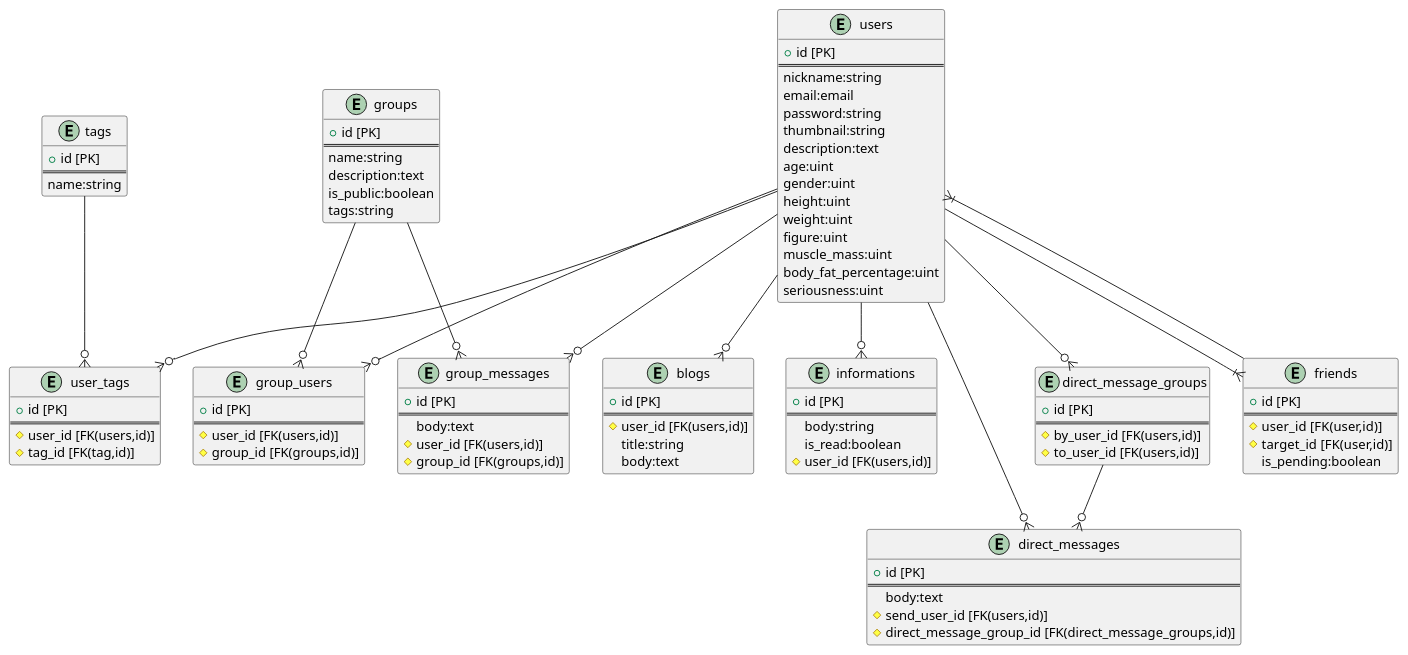
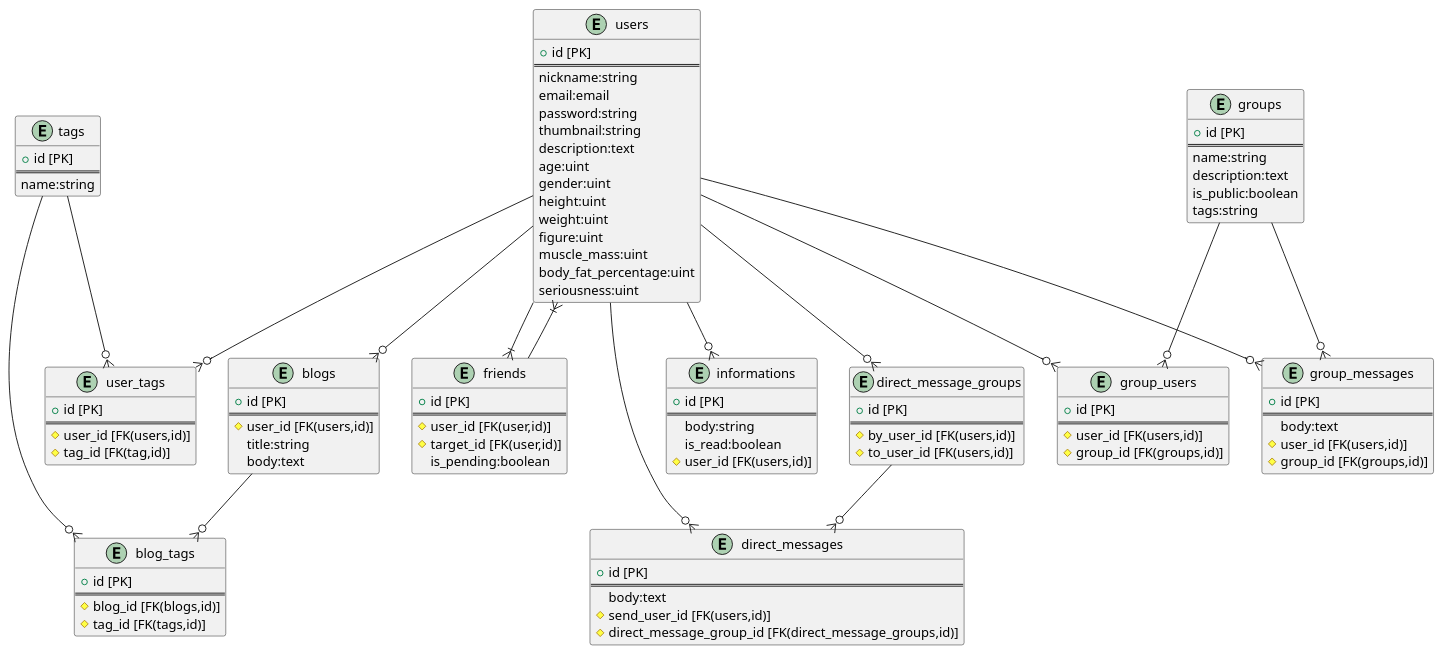
One commit to NAKKA-K/musclers changed the diagram in docs/ER.md. Above: the diagram before and after it, drawn with PlantUML. The commit also changed 1 other file, not shown here.

Commit message:
[修正]blogsにtags制御テーブルの追加

````diff
--- a/docs/ER.md
+++ b/docs/ER.md
@@ -111,5 +111,14 @@
 }
 users --o{ blogs
 
+entity "blog_tags" {
+    + id [PK]
+    ==
+    # blog_id [FK(blogs,id)]
+    # tag_id [FK(tags,id)]
+}
+blogs --o{ blog_tags
+tags --o{ blog_tags
+
 @enduml
 ```
````
